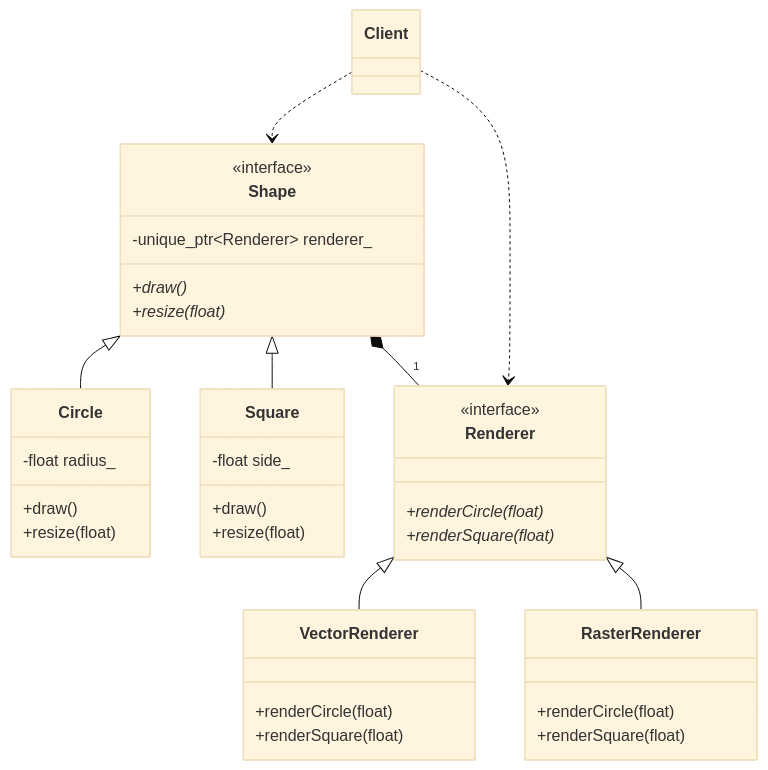
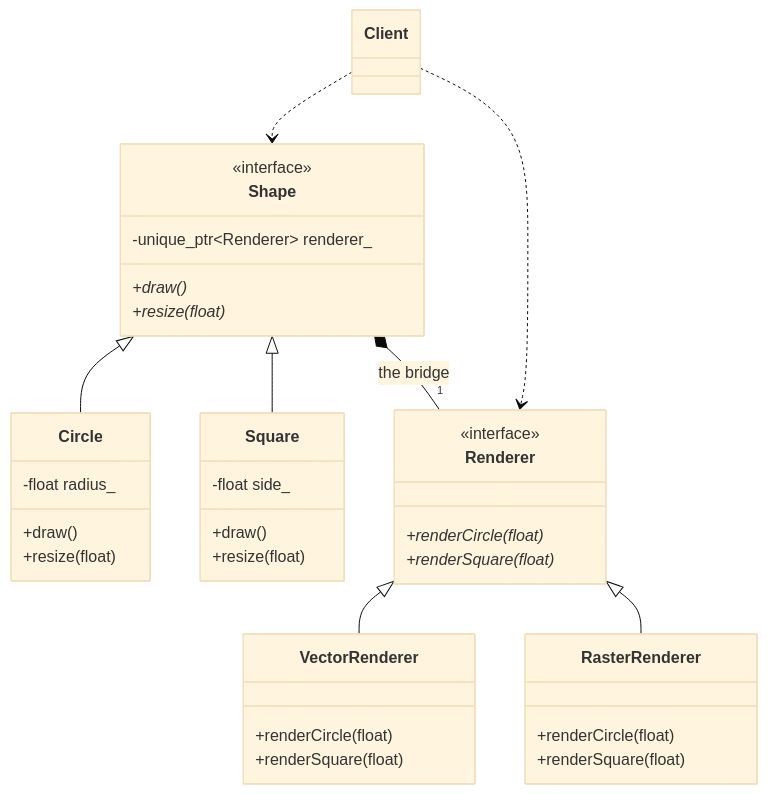
Before and after one commit to Cichlidfishexigency721/Modern-CPP-Design-Patterns: the diagram in 09_Bridge/Bridge_GoF/README.md, drawn with Mermaid (base theme). The commit also changed 1 other file, not shown here.

Commit message:
UML improvement

````diff
--- a/09_Bridge/Bridge_GoF/README.md
+++ b/09_Bridge/Bridge_GoF/README.md
@@ -45,52 +45,52 @@
 ```mermaid
 classDiagram
    class Renderer {
       <<interface>>
       +renderCircle(float)*
       +renderSquare(float)*
    }
 
    class VectorRenderer {
       +renderCircle(float)
       +renderSquare(float)
    }
 
    class RasterRenderer {
       +renderCircle(float)
       +renderSquare(float)
    }
 
    class Shape {
       <<interface>>
       -unique_ptr~Renderer~ renderer_
       +draw()*
       +resize(float)*
    }
 
    class Circle {
       -float radius_
       +draw()
       +resize(float)
    }
 
    class Square {
       -float side_
       +draw()
       +resize(float)
    }
 
    %% Implementer hierarchy
    Renderer <|-- VectorRenderer
    Renderer <|-- RasterRenderer
 
    %% Abstraction hierarchy
    Shape <|-- Circle
    Shape <|-- Square
 
    %% The Bridge: Shape owns a Renderer
-   Shape *-- "1" Renderer
+   Shape *-- "1" Renderer : the bridge
 
    %% Client depends on abstractions but instantiates concrete types
    Client ..> Shape
    Client ..> Renderer
 ```
````
